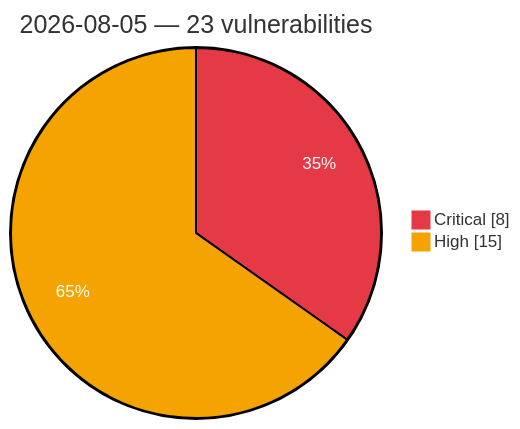
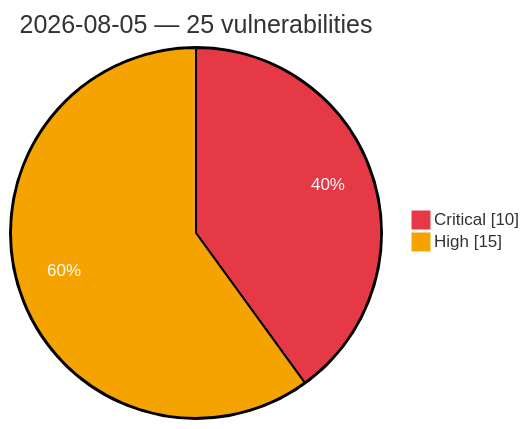
One commit to GhostX0X/vuln-tracker changed the diagram in vulnerabilities/2026-08-05.md. Above: the diagram before and after it, drawn with Mermaid. The commit also changed other lines of this file and 1 other file, not shown here.

Commit message:
Auto update: critical/high vulns (2026-08-05 18:51 UTC)

````diff
--- a/vulnerabilities/2026-08-05.md
+++ b/vulnerabilities/2026-08-05.md
@@ -3,7 +3,7 @@
 ```mermaid
 %%{init: {'theme':'base', 'themeVariables': {'pie1':'#e63946', 'pie2':'#f4a300', 'pieOpacity':'1', 'pieOuterStrokeWidth':'2px', 'pieSectionTextColor':'#ffffff'}}}%%
 pie showData
-    title 2026-08-05 — 23 vulnerabilities
-    "Critical" : 8
+    title 2026-08-05 — 25 vulnerabilities
+    "Critical" : 10
     "High" : 15
 ```
````
